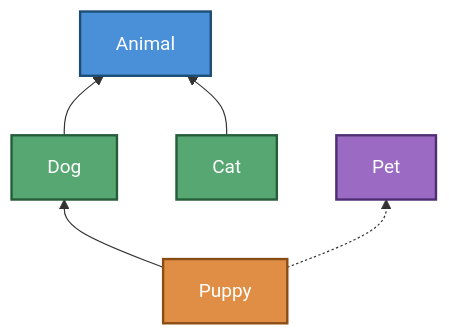
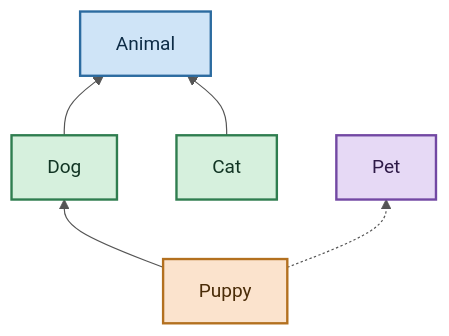
One commit to Analyst-Ninja/courses changed the fourth of 5 diagrams in LearnJava/src/oops/README.md. Above: the diagram before and after it, drawn with Mermaid. The commit also changed other lines of this file, not shown here.

Commit message:
Change the background to light for mermaid diagrams

````diff
--- a/LearnJava/src/oops/README.md
+++ b/LearnJava/src/oops/README.md
@@ -56,15 +59,16 @@
      ```mermaid
+     %%{init: {'theme':'base','themeVariables':{'background':'#ffffff','primaryColor':'#ffffff','primaryTextColor':'#111111','lineColor':'#555555','textColor':'#111111'}}}%%
      graph BT
        Dog --> Animal
        Cat --> Animal
        Puppy --> Dog
        Puppy -.-> Pet
-       classDef parent fill:#4a90d9,stroke:#1b4d75,stroke-width:2px,color:#fff
-       classDef child fill:#57a773,stroke:#255c3a,stroke-width:2px,color:#fff
-       classDef grand fill:#e08e45,stroke:#8a4c15,stroke-width:2px,color:#fff
-       classDef iface fill:#9b6bc4,stroke:#4f2d73,stroke-width:2px,color:#fff
+       classDef parent fill:#cfe4f7,stroke:#2c6ba0,stroke-width:2px,color:#0d2b45
+       classDef child fill:#d6f0dd,stroke:#2f7d4f,stroke-width:2px,color:#123524
+       classDef grand fill:#fbe3cd,stroke:#b3701f,stroke-width:2px,color:#4a2c08
+       classDef iface fill:#e6d9f5,stroke:#7248a3,stroke-width:2px,color:#2e1a47
        class Animal parent
        class Dog,Cat child
        class Puppy grand
        class Pet iface
      ```
````
